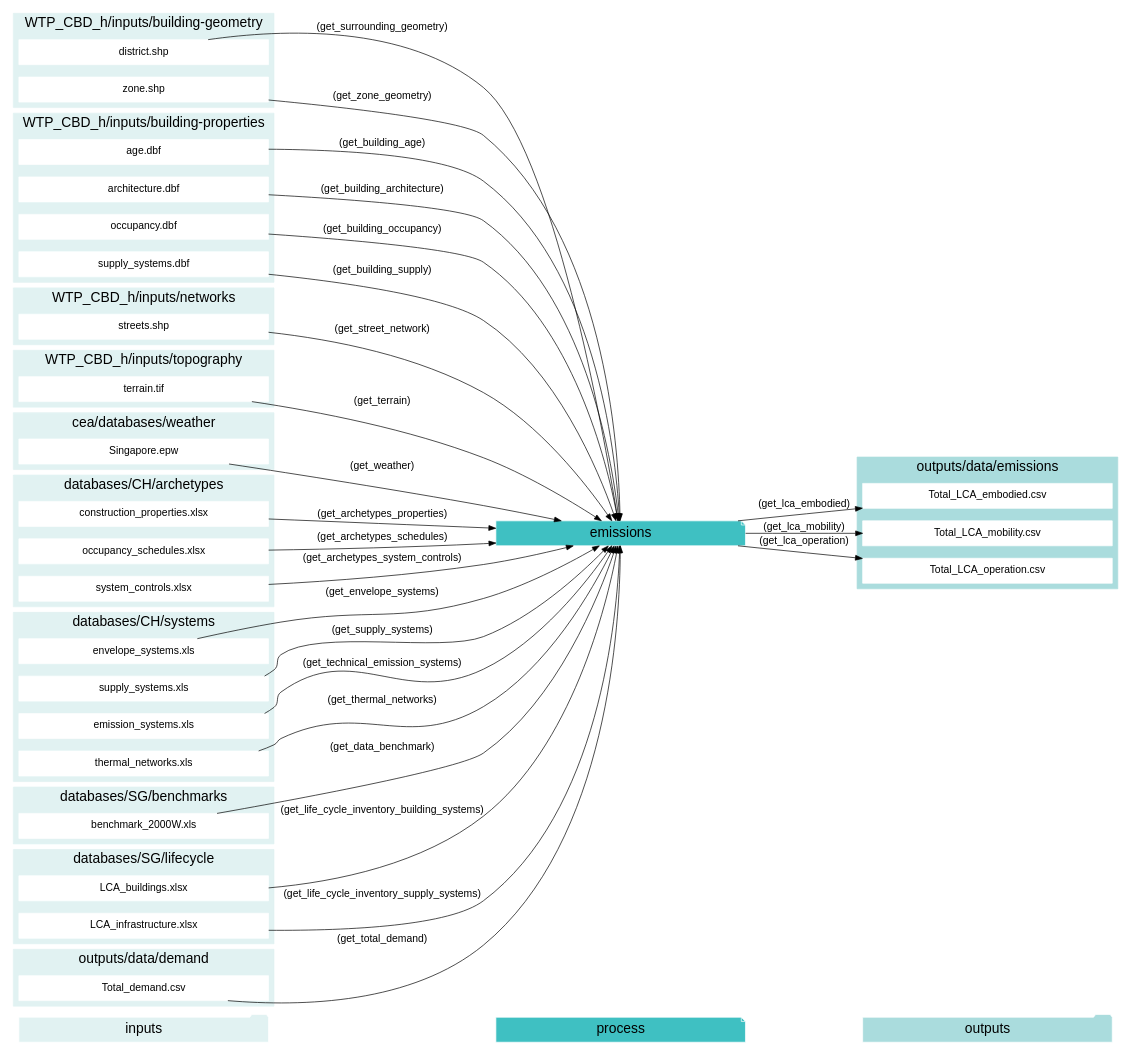
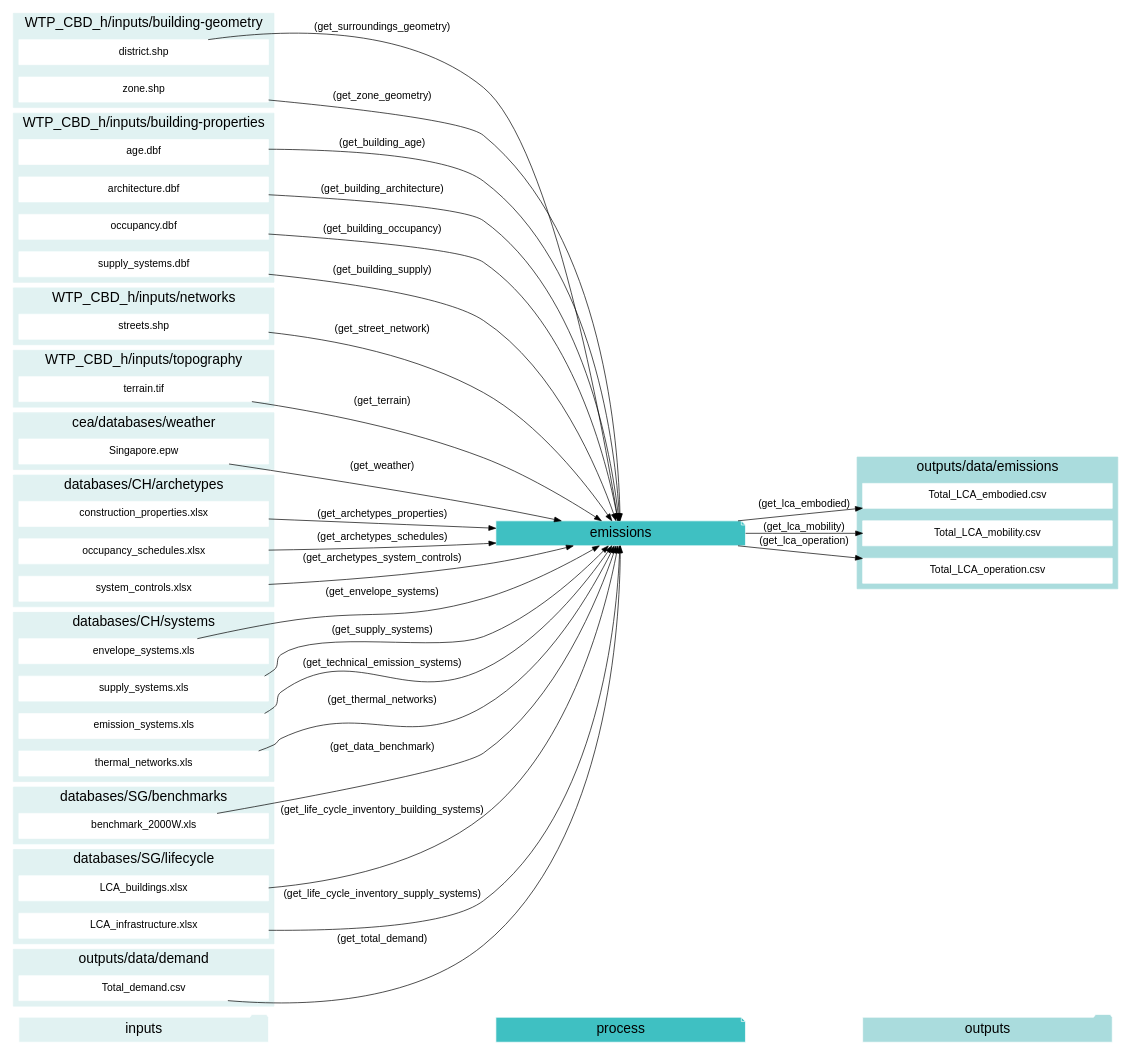
The ninth of 12 diagrams in docs/script-data-flow.rst (architecture-building-systems/CityEnergyAnalyst), drawn with Graphviz before and after one commit. The commit also changed other lines of this file and 15 other files, not shown here.

Commit message:
rename get_surrounding_geometry to get_surroungs_geometry

```diff
--- a/docs/script-data-flow.rst
+++ b/docs/script-data-flow.rst
@@ -1292,7 +1292,7 @@
     "occupancy.dbf" -> "emissions"[label="(get_building_occupancy)"]
     "supply_systems.dbf" -> "emissions"[label="(get_building_supply)"]
     "benchmark_2000W.xls" -> "emissions"[label="(get_data_benchmark)"]
-    "district.shp" -> "emissions"[label="(get_surrounding_geometry)"]
+    "district.shp" -> "emissions"[label="(get_surroundings_geometry)"]
     "envelope_systems.xls" -> "emissions"[label="(get_envelope_systems)"]
     "LCA_buildings.xlsx" -> "emissions"[label="(get_life_cycle_inventory_building_systems)"]
     "LCA_infrastructure.xlsx" -> "emissions"[label="(get_life_cycle_inventory_supply_systems)"]
```
